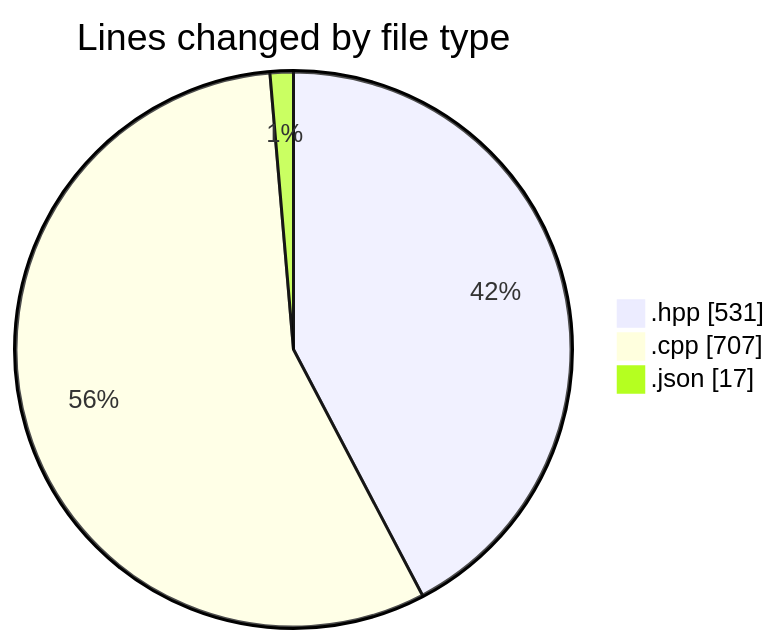
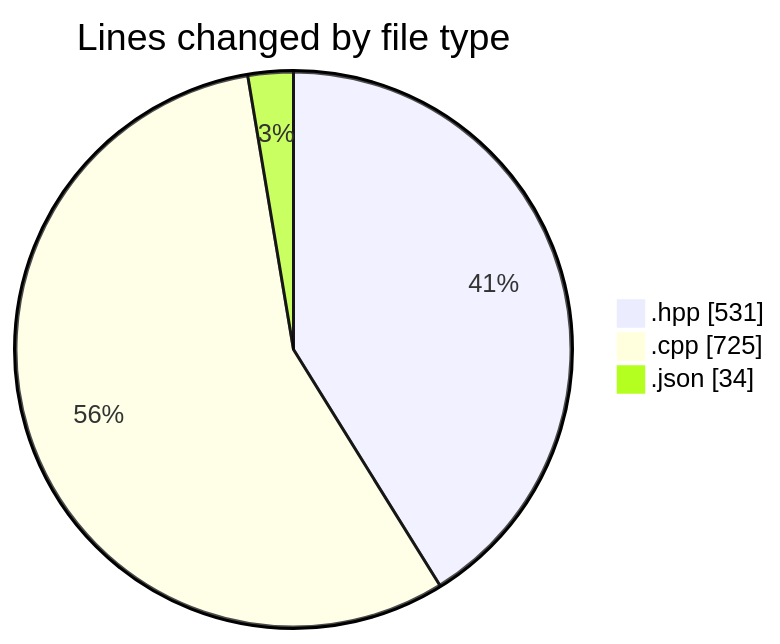
Before and after one commit to Netris89/code-tracking: the first of 2 diagrams in 2025-05-03/date/README.md, drawn with Mermaid. The commit also changed other lines of this file and 1 other file, not shown here.

````diff
--- a/2025-05-03/date/README.md
+++ b/2025-05-03/date/README.md
@@ -29,7 +29,7 @@
 ```mermaid
 pie showData
 title Lines changed by file type
 ".hpp" : 531
-".cpp" : 707
-".json" : 17
+".cpp" : 725
+".json" : 34
 ```
````
